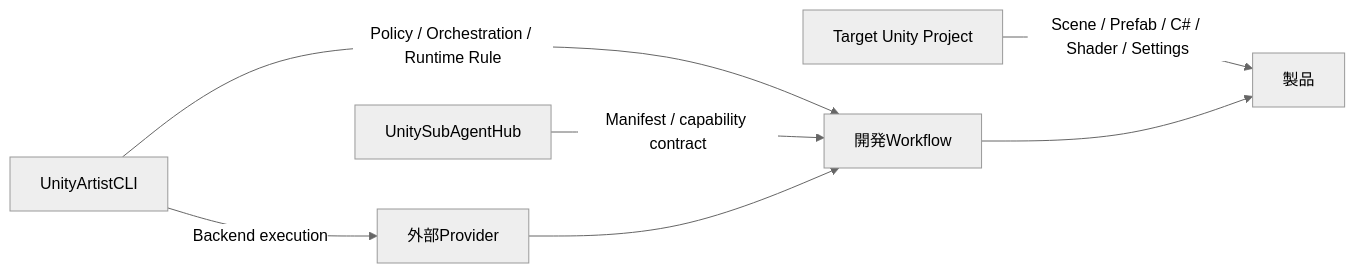
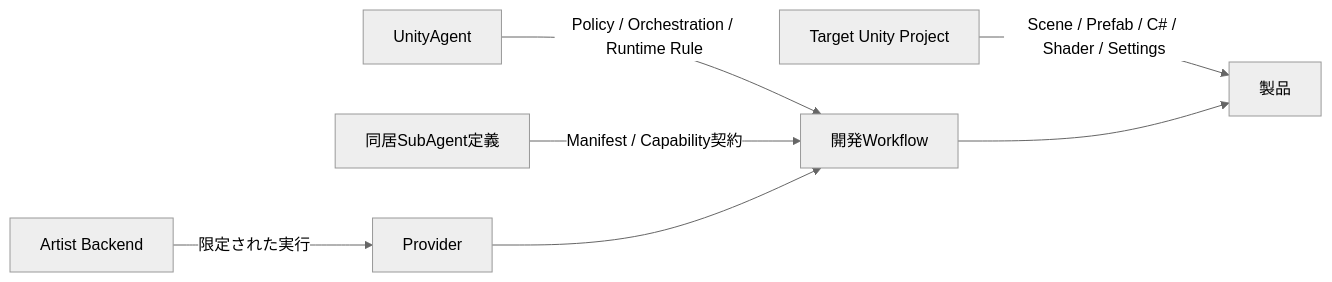
Before and after one commit to DarumaPPAP/UnityAgent: the first of 4 diagrams in docs/local-project-development.md, drawn with Mermaid (neutral theme). The commit also changed other lines of this file and 16 other files, not shown here.

````diff
--- a/docs/local-project-development.md
+++ b/docs/local-project-development.md
@@ -152,9 +152,9 @@
 ```mermaid
 flowchart LR
     A[UnityAgent] -->|Policy / Orchestration / Runtime Rule| W[開発Workflow]
     P[Target Unity Project] -->|Scene / Prefab / C# / Shader / Settings| PRODUCT[製品]
-    H[UnitySubAgentHub] -->|Manifest / capability contract| W
-    A[UnityArtistCLI] -->|Backend execution| TOOL[外部Provider]
+    S[同居SubAgent定義] -->|Manifest / Capability契約| W
+    B[Artist Backend] -->|限定された実行| TOOL[Provider]
     W --> PRODUCT
     TOOL --> W
 ```
````
